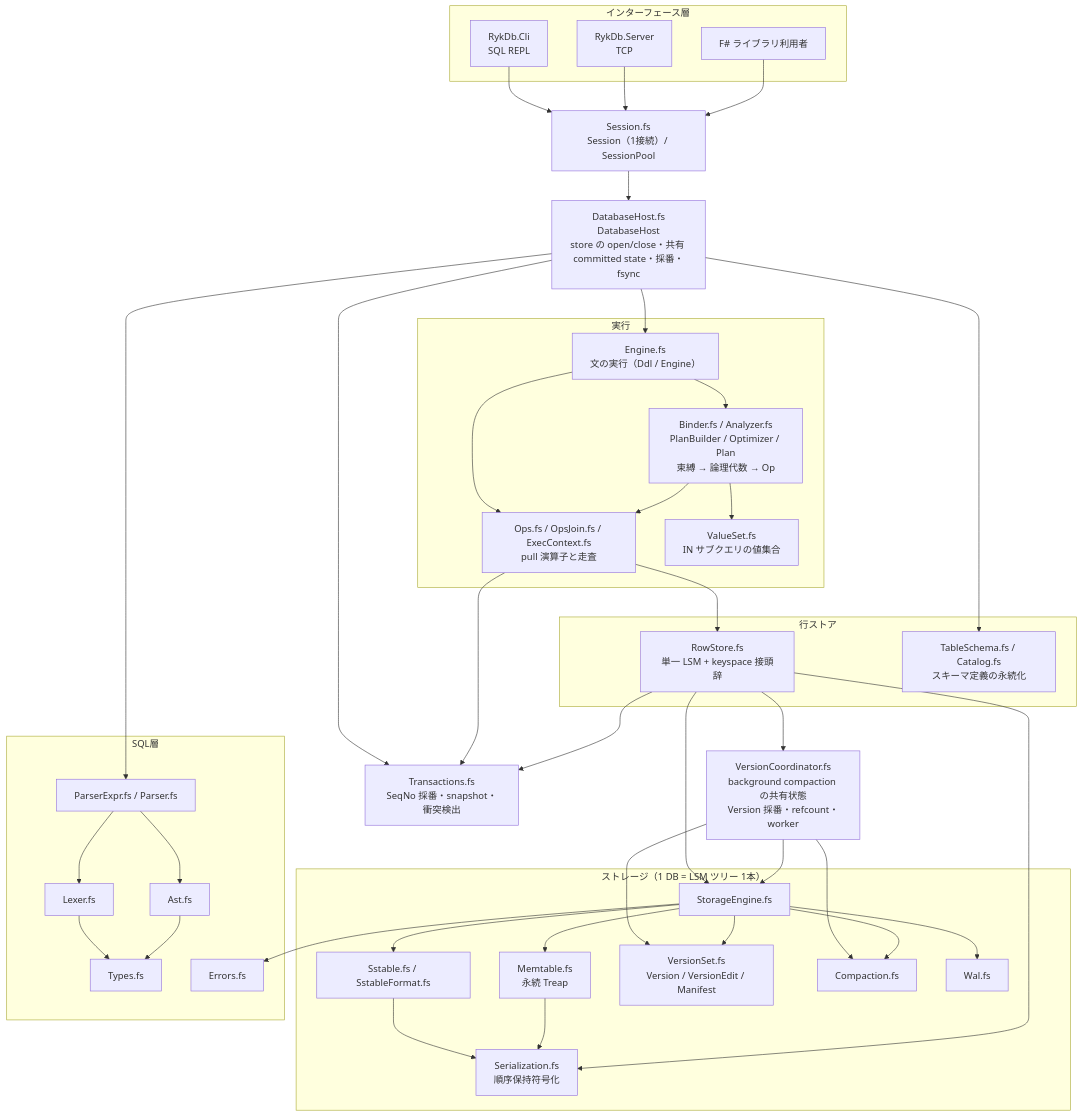
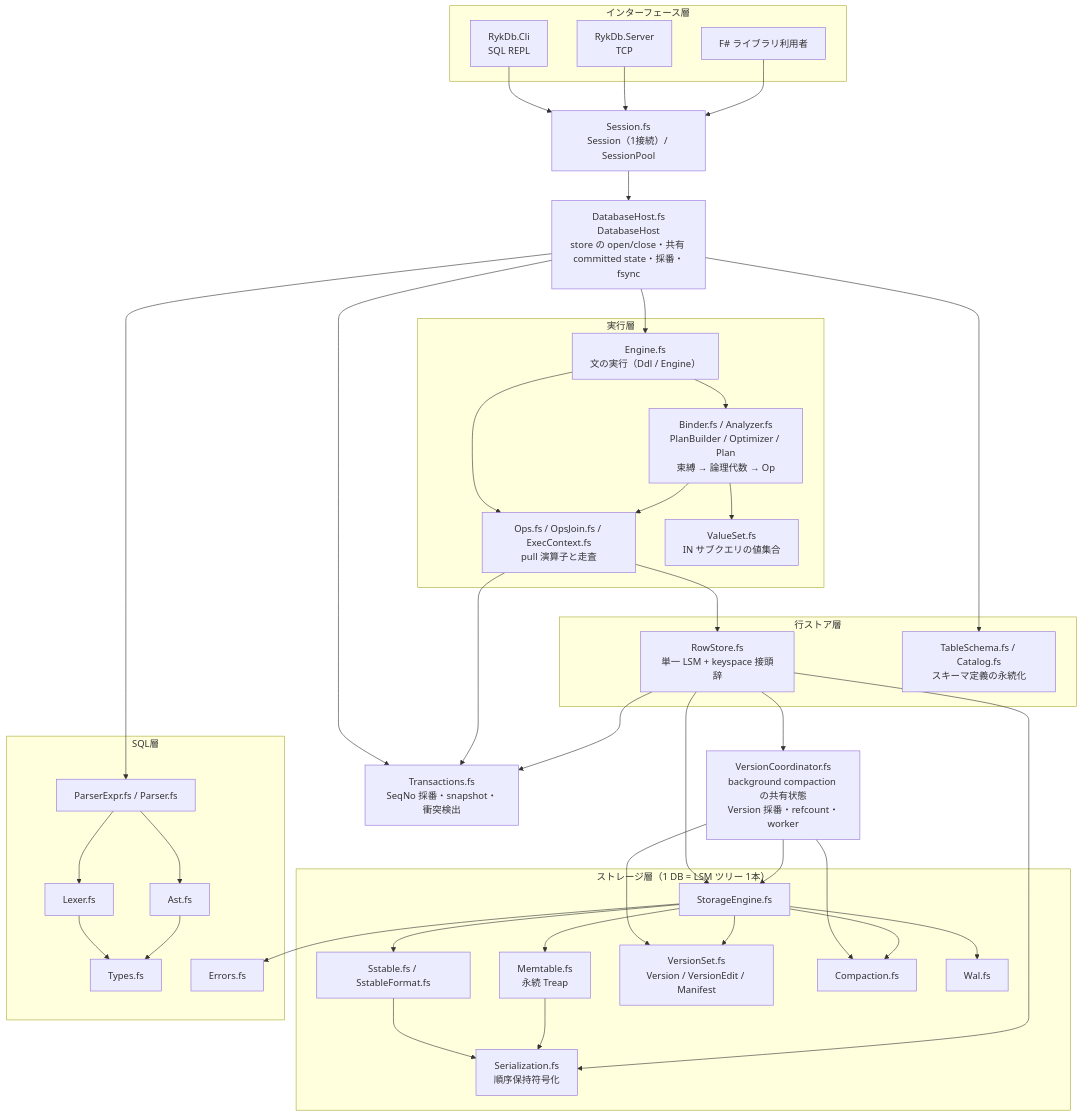
One commit to nwtks/rykdb changed the first of 2 diagrams in docs/architecture.md. Above: the diagram before and after it, drawn with Mermaid. The commit also changed other lines of this file and 12 other files, not shown here.

````diff
--- a/docs/architecture.md
+++ b/docs/architecture.md
@@ -30,79 +30,79 @@
 ```mermaid
 flowchart TB
     subgraph IF["インターフェース層"]
         CLI["RykDb.Cli<br/>SQL REPL"]
         SRV["RykDb.Server<br/>TCP"]
         LIB["F# ライブラリ利用者"]
     end
 
     SESS["Session.fs<br/>Session（1接続）/ SessionPool"]
     HOST["DatabaseHost.fs<br/>DatabaseHost<br/>store の open/close・共有 committed state・採番・fsync"]
     SESS --> HOST
 
-    subgraph EX["実行"]
+    subgraph EX["実行層"]
         EN["Engine.fs<br/>文の実行（Ddl / Engine）"]
         PL["Binder.fs / Analyzer.fs<br/>PlanBuilder / Optimizer / Plan<br/>束縛 → 論理代数 → Op"]
         OPS["Ops.fs / OpsJoin.fs / ExecContext.fs<br/>pull 演算子と走査"]
         VSET["ValueSet.fs<br/>IN サブクエリの値集合"]
     end
 
-    subgraph ROW["行ストア"]
+    subgraph ROW["行ストア層"]
         RS["RowStore.fs<br/>単一 LSM + keyspace 接頭辞"]
         CAT["TableSchema.fs / Catalog.fs<br/>スキーマ定義の永続化"]
     end
 
     VCOORD["VersionCoordinator.fs<br/>background compaction の共有状態<br/>Version 採番・refcount・worker"]
 
     MVCC["Transactions.fs<br/>SeqNo 採番・snapshot・衝突検出"]
 
-    subgraph ST["ストレージ（1 DB = LSM ツリー 1本）"]
+    subgraph ST["ストレージ層（1 DB = LSM ツリー 1本）"]
         SE["StorageEngine.fs"]
         MEM["Memtable.fs<br/>永続 Treap"]
         SST["Sstable.fs / SstableFormat.fs"]
         VS["VersionSet.fs<br/>Version / VersionEdit / Manifest"]
         CO["Compaction.fs"]
         WAL["Wal.fs"]
         SER["Serialization.fs<br/>順序保持符号化"]
     end
 
     subgraph FE["SQL層"]
         P["ParserExpr.fs / Parser.fs"]
         L["Lexer.fs"]
         A["Ast.fs"]
         T["Types.fs"]
         E["Errors.fs"]
     end
 
     CLI --> SESS
     SRV --> SESS
     LIB --> SESS
     HOST --> EN
     HOST --> CAT
     HOST --> MVCC
     EN --> PL
     EN --> OPS
     PL --> OPS
     PL --> VSET
     OPS --> RS
     OPS --> MVCC
     RS --> SE
     RS --> MVCC
     RS --> VCOORD
     VCOORD --> SE
     VCOORD --> CO
     VCOORD --> VS
     SE --> MEM
     SE --> SST
     SE --> VS
     SE --> CO
     SE --> WAL
     SST --> SER
     MEM --> SER
     RS --> SER
     HOST --> P
     P --> L
     P --> A
     L --> T
     A --> T
     SE --> E
 ```
````
